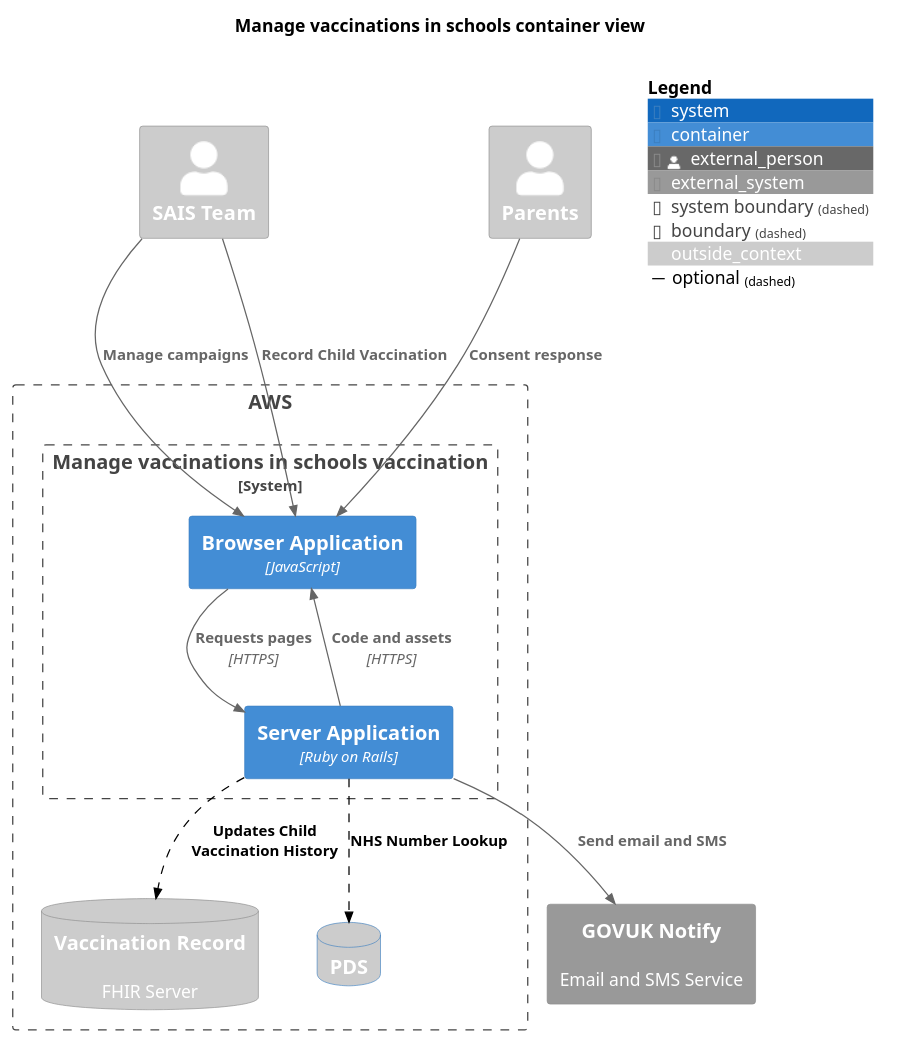
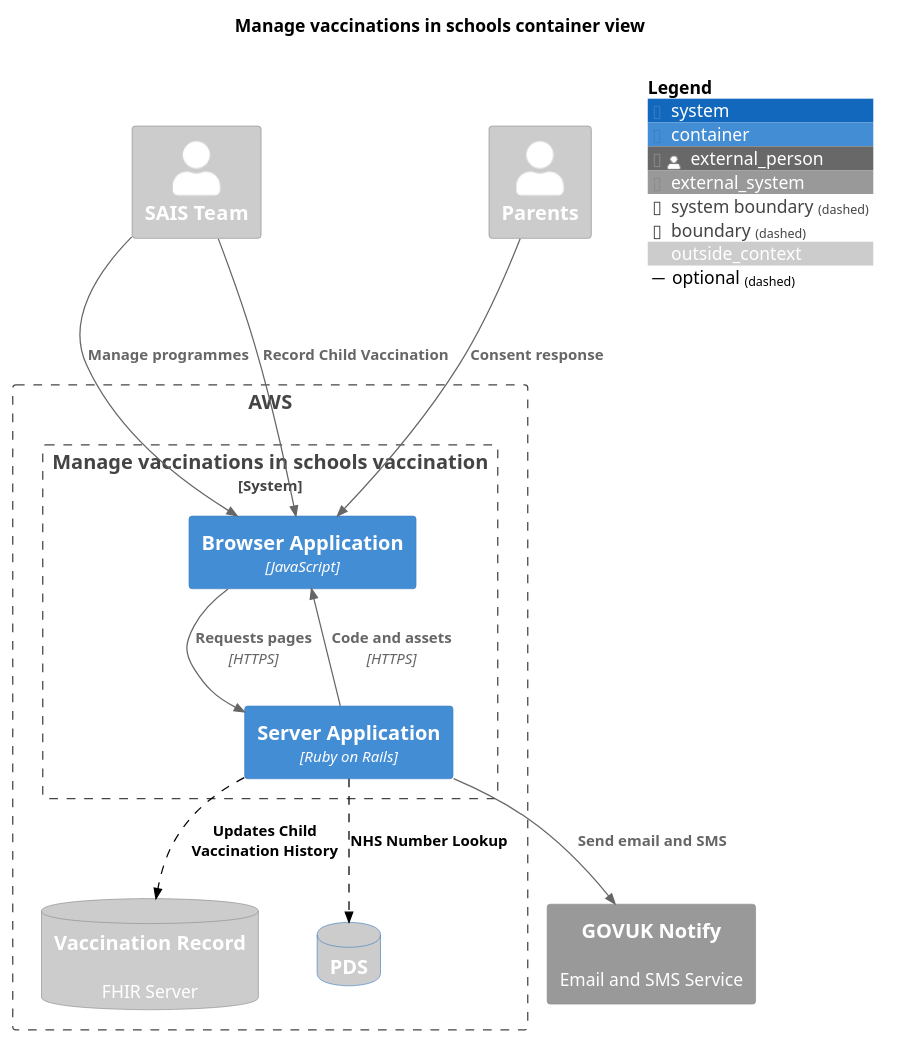
One commit to nhsuk/manage-vaccinations-in-schools changed the diagram in docs/diagrams/container-view-future.puml. Above: the diagram before and after it, drawn with PlantUML. The commit also changed 180 other files, not shown here.

```diff
--- a/docs/diagrams/container-view-future.puml
+++ b/docs/diagrams/container-view-future.puml
@@ -1,41 +1,41 @@
 @startuml
 
 !include <C4/C4_Container.puml>
 
 LAYOUT_TOP_DOWN()
 
 title "Manage vaccinations in schools container view"
 
 AddElementTag("outside_context", $bgColor="#CCC", $fontColor="#FFF")
 
 Person_Ext(sais, "SAIS Team", $tags="outside_context")
 Person_Ext(parents, "Parents", $tags="outside_context")
 
 Boundary(aws, "AWS") {
   System_Boundary(manage, "Manage vaccinations in schools vaccination", "") {
     Container(browser, "Browser Application", "JavaScript")
     Container(server, "Server Application", "Ruby on Rails")
   }
 
   SystemDb_Ext(vaccineRecord, "Vaccination Record", "FHIR Server")
   SystemDb_Ext(pds, "PDS", "")
 }
 
 System_Ext(govukNotify, "GOVUK Notify", "Email and SMS Service")
 SystemDb_Ext(vaccineRecord, "Vaccination Record", "FHIR Server", $tags="outside_context")
 SystemDb(pds, "PDS", "", $tags="outside_context")
 
 AddRelTag("optional", $textColor="black", $lineColor="black", $lineStyle="dashed")
 
 Rel(server, browser, "Code and assets", "HTTPS")
 Rel(browser, server, "Requests pages", "HTTPS")
-Rel(sais, browser, "Manage campaigns")
+Rel(sais, browser, "Manage programmes")
 Rel(sais, browser, "Record Child Vaccination")
 Rel(parents, browser, "Consent response")
 Rel(server, govukNotify, "Send email and SMS")
 Rel(server, vaccineRecord, "Updates Child Vaccination History", $tags="optional")
 Rel(server, pds, "NHS Number Lookup", $tags="optional")
 
 SHOW_FLOATING_LEGEND()
 
 @enduml
```
